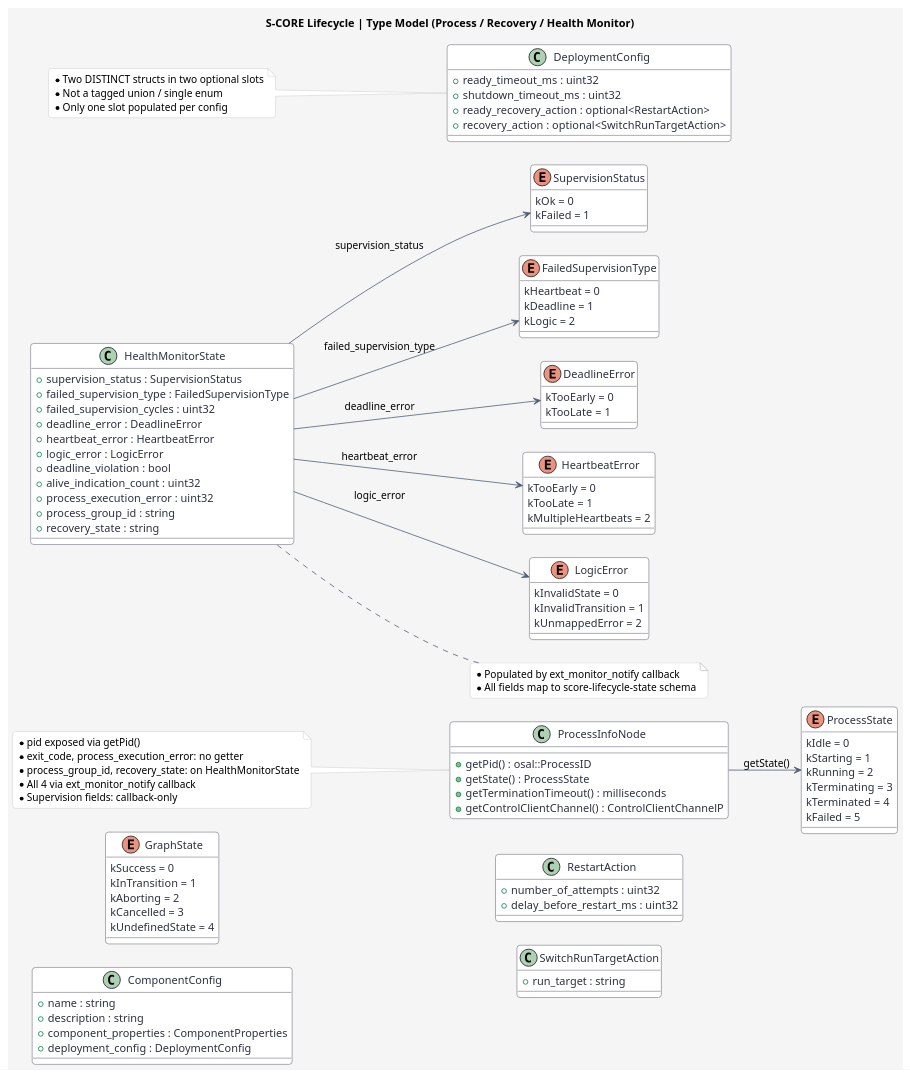
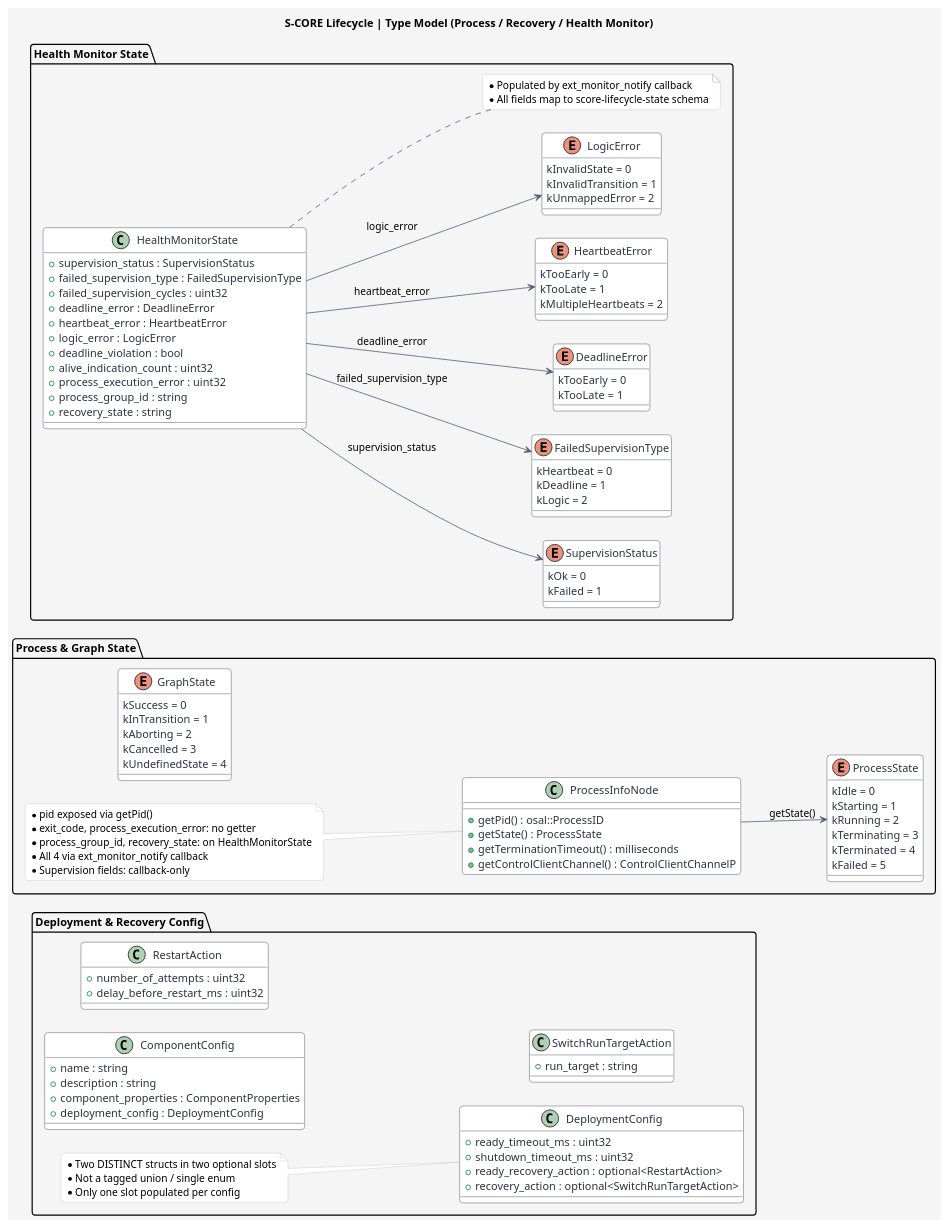
Before and after one commit to akshayg0314/vel: the diagram in docs/features/diagrams/lifecycle/Lifecycle_type_model.puml, drawn with PlantUML. The commit also changed 6 other files, not shown here.

First line of the commit message:
docs(vel): add missing lifecycle evidence types and update type model diagram

```diff
--- a/docs/features/diagrams/lifecycle/Lifecycle_type_model.puml
+++ b/docs/features/diagrams/lifecycle/Lifecycle_type_model.puml
@@ -1,134 +1,142 @@
 @startuml
 title S-CORE Lifecycle | Type Model (Process / Recovery / Health Monitor)
 left to right direction
 skinparam backgroundColor #F5F5F5
 skinparam shadowing false
 skinparam roundCorner 8
 skinparam ArrowColor #4F5D75
 skinparam classBorderColor #2D3142
 skinparam classBackgroundColor #FFFFFF
 skinparam classFontColor #2D3142
 skinparam classAttributeFontColor #2D3142
 skinparam noteBackgroundColor #FFFFFF
 skinparam noteBorderColor #BFC0C0
 skinparam nodesep 30
 skinparam ranksep 30
 
-enum ProcessState {
-  kIdle = 0
-  kStarting = 1
-  kRunning = 2
-  kTerminating = 3
-  kTerminated = 4
-  kFailed = 5
+package "Process & Graph State" {
+  enum ProcessState {
+    kIdle = 0
+    kStarting = 1
+    kRunning = 2
+    kTerminating = 3
+    kTerminated = 4
+    kFailed = 5
+  }
+
+  enum GraphState {
+    kSuccess = 0
+    kInTransition = 1
+    kAborting = 2
+    kCancelled = 3
+    kUndefinedState = 4
+  }
+
+  class ProcessInfoNode {
+    +getPid() : osal::ProcessID
+    +getState() : ProcessState
+    +getTerminationTimeout() : milliseconds
+    +getControlClientChannel() : ControlClientChannelP
+  }
+
+  ProcessInfoNode --> ProcessState : getState()
+
+  note left of ProcessInfoNode
+    * pid exposed via getPid()
+    * exit_code, process_execution_error: no getter
+    * process_group_id, recovery_state: on HealthMonitorState
+    * All 4 via ext_monitor_notify callback
+    * Supervision fields: callback-only
+  end note
 }
 
-enum GraphState {
-  kSuccess = 0
-  kInTransition = 1
-  kAborting = 2
-  kCancelled = 3
-  kUndefinedState = 4
+package "Health Monitor State" {
+  enum SupervisionStatus {
+    kOk = 0
+    kFailed = 1
+  }
+
+  enum FailedSupervisionType {
+    kHeartbeat = 0
+    kDeadline = 1
+    kLogic = 2
+  }
+
+  enum DeadlineError {
+    kTooEarly = 0
+    kTooLate = 1
+  }
+
+  enum HeartbeatError {
+    kTooEarly = 0
+    kTooLate = 1
+    kMultipleHeartbeats = 2
+  }
+
+  enum LogicError {
+    kInvalidState = 0
+    kInvalidTransition = 1
+    kUnmappedError = 2
+  }
+
+  class HealthMonitorState {
+    +supervision_status : SupervisionStatus
+    +failed_supervision_type : FailedSupervisionType
+    +failed_supervision_cycles : uint32
+    +deadline_error : DeadlineError
+    +heartbeat_error : HeartbeatError
+    +logic_error : LogicError
+    +deadline_violation : bool
+    +alive_indication_count : uint32
+    +process_execution_error : uint32
+    +process_group_id : string
+    +recovery_state : string
+  }
+
+  HealthMonitorState --> SupervisionStatus : supervision_status
+  HealthMonitorState --> FailedSupervisionType : failed_supervision_type
+  HealthMonitorState --> DeadlineError : deadline_error
+  HealthMonitorState --> HeartbeatError : heartbeat_error
+  HealthMonitorState --> LogicError : logic_error
+
+  note right of HealthMonitorState
+    * Populated by ext_monitor_notify callback
+    * All fields map to score-lifecycle-state schema
+  end note
 }
 
-enum SupervisionStatus {
-  kOk = 0
-  kFailed = 1
+package "Deployment & Recovery Config" {
+  class DeploymentConfig {
+    +ready_timeout_ms : uint32
+    +shutdown_timeout_ms : uint32
+    +ready_recovery_action : optional<RestartAction>
+    +recovery_action : optional<SwitchRunTargetAction>
+  }
+
+  class ComponentConfig {
+    +name : string
+    +description : string
+    +component_properties : ComponentProperties
+    +deployment_config : DeploymentConfig
+  }
+
+  class RestartAction {
+    +number_of_attempts : uint32
+    +delay_before_restart_ms : uint32
+  }
+
+  class SwitchRunTargetAction {
+    +run_target : string
+  }
+
+  ' Composition relationships are implicit in the field declarations above
+  ' (e.g., DeploymentConfig.ready_recovery_action : optional<RestartAction>)
+  ' No explicit arrows needed since the field types are visible in the class bodies.
+
+  note left of DeploymentConfig
+    * Two DISTINCT structs in two optional slots
+    * Not a tagged union / single enum
+    * Only one slot populated per config
+  end note
 }
-
-enum FailedSupervisionType {
-  kHeartbeat = 0
-  kDeadline = 1
-  kLogic = 2
-}
-
-enum DeadlineError {
-  kTooEarly = 0
-  kTooLate = 1
-}
-
-enum HeartbeatError {
-  kTooEarly = 0
-  kTooLate = 1
-  kMultipleHeartbeats = 2
-}
-
-enum LogicError {
-  kInvalidState = 0
-  kInvalidTransition = 1
-  kUnmappedError = 2
-}
-
-class HealthMonitorState {
-  +supervision_status : SupervisionStatus
-  +failed_supervision_type : FailedSupervisionType
-  +failed_supervision_cycles : uint32
-  +deadline_error : DeadlineError
-  +heartbeat_error : HeartbeatError
-  +logic_error : LogicError
-  +deadline_violation : bool
-  +alive_indication_count : uint32
-  +process_execution_error : uint32
-  +process_group_id : string
-  +recovery_state : string
-}
-
-class ProcessInfoNode {
-  +getPid() : osal::ProcessID
-  +getState() : ProcessState
-  +getTerminationTimeout() : milliseconds
-  +getControlClientChannel() : ControlClientChannelP
-}
-
-class DeploymentConfig {
-  +ready_timeout_ms : uint32
-  +shutdown_timeout_ms : uint32
-  +ready_recovery_action : optional<RestartAction>
-  +recovery_action : optional<SwitchRunTargetAction>
-}
-
-class ComponentConfig {
-  +name : string
-  +description : string
-  +component_properties : ComponentProperties
-  +deployment_config : DeploymentConfig
-}
-
-class RestartAction {
-  +number_of_attempts : uint32
-  +delay_before_restart_ms : uint32
-}
-
-class SwitchRunTargetAction {
-  +run_target : string
-}
-
-ProcessInfoNode --> ProcessState : getState()
-HealthMonitorState --> SupervisionStatus : supervision_status
-HealthMonitorState --> FailedSupervisionType : failed_supervision_type
-HealthMonitorState --> DeadlineError : deadline_error
-HealthMonitorState --> HeartbeatError : heartbeat_error
-HealthMonitorState --> LogicError : logic_error
-' Composition relationships are implicit in the field declarations above
-' (e.g., DeploymentConfig.ready_recovery_action : optional<RestartAction>)
-' No explicit arrows needed since the field types are visible in the class bodies.
-
-note left of DeploymentConfig
-  * Two DISTINCT structs in two optional slots
-  * Not a tagged union / single enum
-  * Only one slot populated per config
-end note
-
-note left of ProcessInfoNode
-  * pid exposed via getPid()
-  * exit_code, process_execution_error: no getter
-  * process_group_id, recovery_state: on HealthMonitorState
-  * All 4 via ext_monitor_notify callback
-  * Supervision fields: callback-only
-end note
-
-note right of HealthMonitorState
-  * Populated by ext_monitor_notify callback
-  * All fields map to score-lifecycle-state schema
-end note
 @enduml
```
